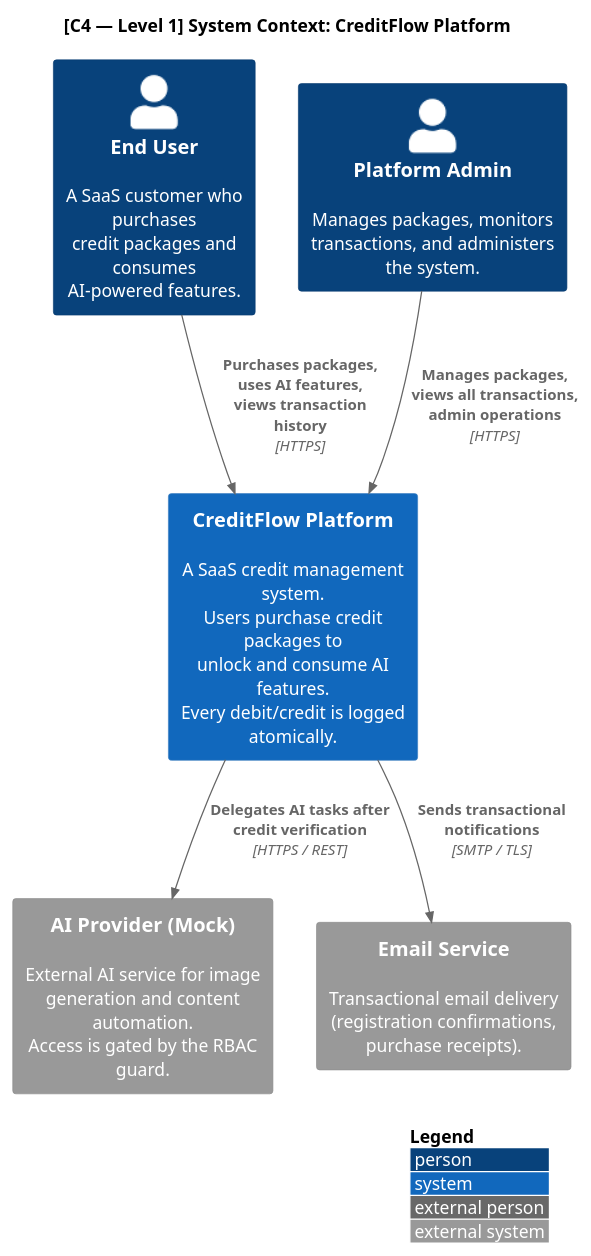
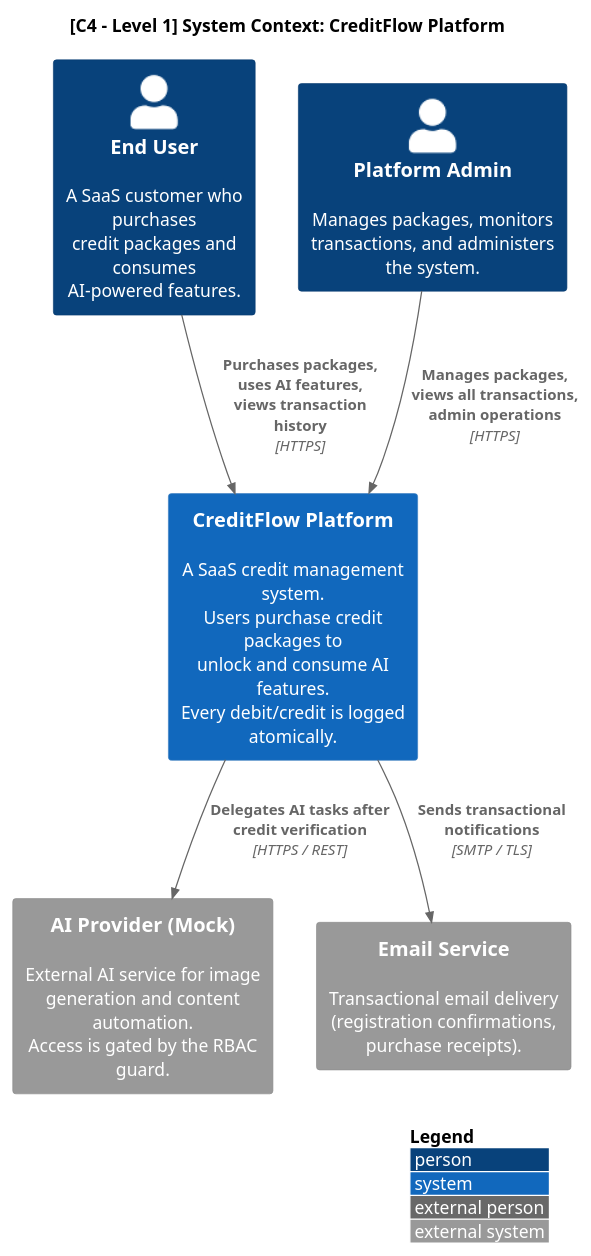
The diagram in docs/c4-context.puml (nhiney/credit-management-platform), drawn with PlantUML before and after one commit. The commit also changed 2 other files, not shown here.

Commit message:
fix(docs): switch c4 includes to stdlib to fix plantuml server relative include error

```diff
--- a/docs/c4-context.puml
+++ b/docs/c4-context.puml
@@ -1,27 +1,27 @@
 @startuml C4_Context
-!include https://raw.githubusercontent.com/plantuml-stdlib/C4-PlantUML/master/C4_Context.puml
+!include <C4/C4_Context.puml>
 
 LAYOUT_WITH_LEGEND()
 
-title [C4 — Level 1] System Context: CreditFlow Platform
+title [C4 - Level 1] System Context: CreditFlow Platform
 
 ' ── Actors ───────────────────────────────────────────────────────────────────
 Person(endUser, "End User", "A SaaS customer who purchases\ncredit packages and consumes\nAI-powered features.")
 
 Person(admin, "Platform Admin", "Manages packages, monitors\ntransactions, and administers\nthe system.")
 
 ' ── System under focus ───────────────────────────────────────────────────────
 System(creditFlow, "CreditFlow Platform", "A SaaS credit management system.\nUsers purchase credit packages to\nunlock and consume AI features.\nEvery debit/credit is logged atomically.")
 
 ' ── External systems ─────────────────────────────────────────────────────────
 System_Ext(aiProvider, "AI Provider (Mock)", "External AI service for image\ngeneration and content automation.\nAccess is gated by the RBAC guard.")
 
 System_Ext(emailService, "Email Service", "Transactional email delivery\n(registration confirmations,\npurchase receipts).")
 
 ' ── Relationships ─────────────────────────────────────────────────────────────
 Rel(endUser, creditFlow, "Purchases packages,\nuses AI features,\nviews transaction history", "HTTPS")
 Rel(admin, creditFlow, "Manages packages,\nviews all transactions,\nadmin operations", "HTTPS")
 Rel(creditFlow, aiProvider, "Delegates AI tasks after\ncredit verification", "HTTPS / REST")
 Rel(creditFlow, emailService, "Sends transactional\nnotifications", "SMTP / TLS")
 
 @enduml
```
